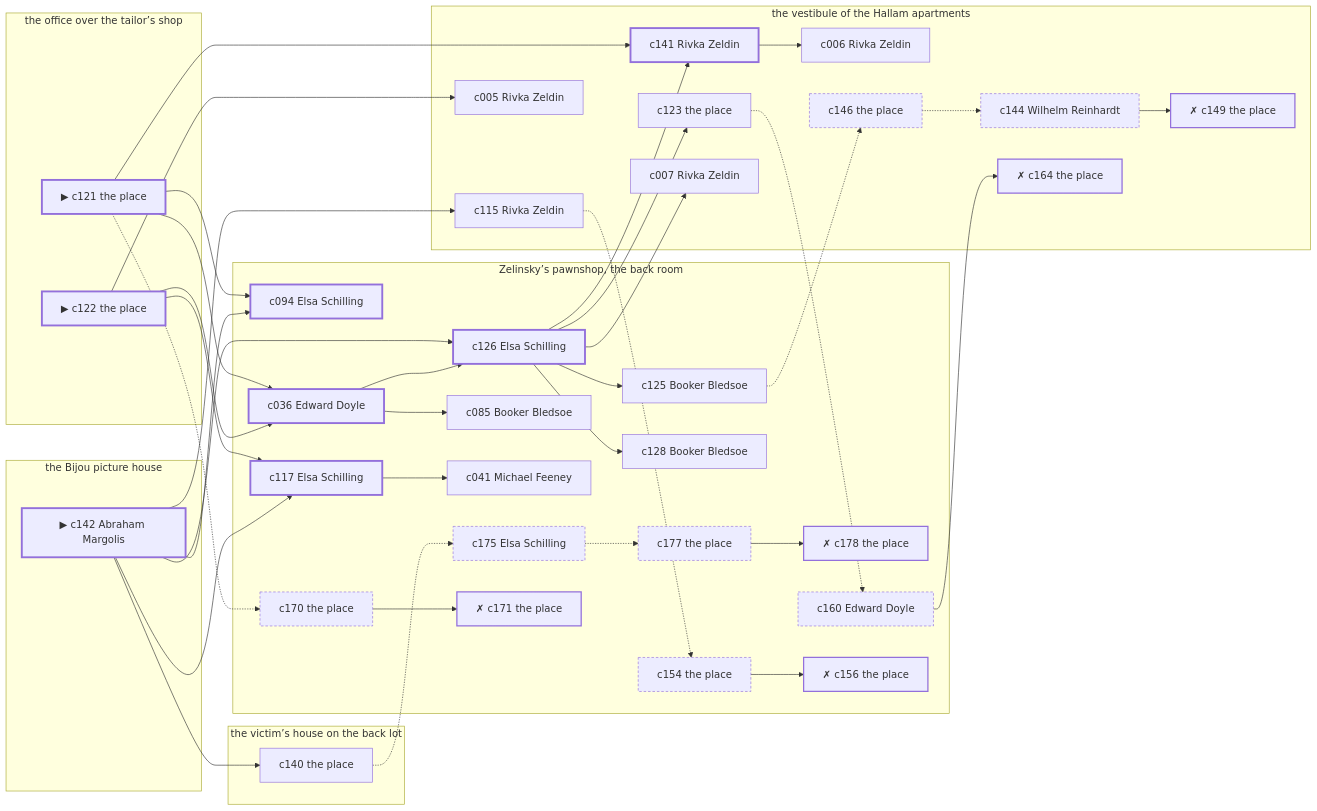
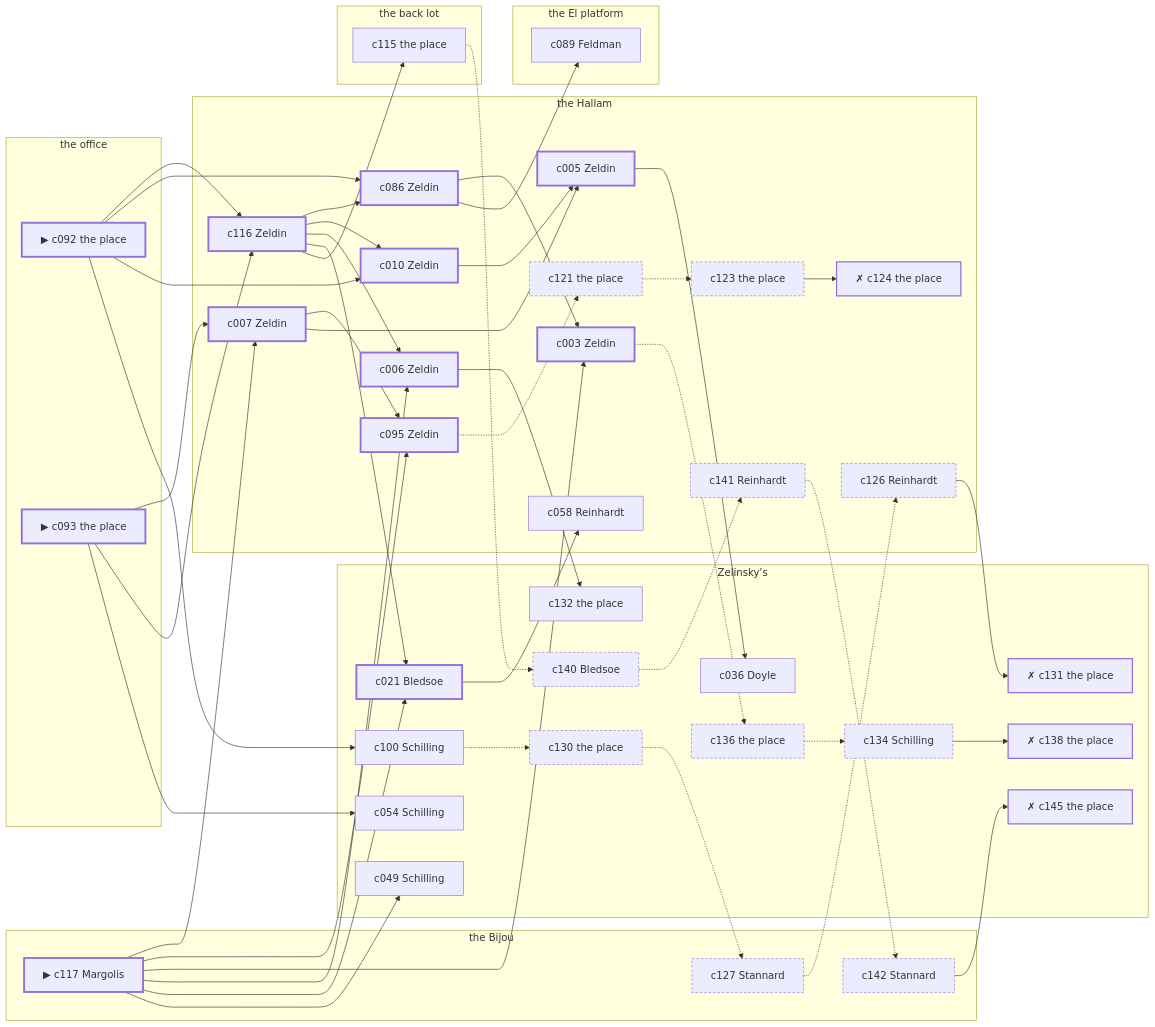
One commit to lyamshin/dashiell changed the diagram in docs/samples/case-16.md. Above: the diagram before and after it, drawn with Mermaid. The commit also changed other lines of this file and 60 other files, not shown here.

````diff
--- a/docs/samples/case-16.md
+++ b/docs/samples/case-16.md
@@ -303,83 +318,97 @@
 ```mermaid
 graph LR
-  subgraph P1["Zelinsky’s pawnshop, the back room"]
-    c094["c094 Elsa Schilling"]
-    c117["c117 Elsa Schilling"]
-    c036["c036 Edward Doyle"]
-    c126["c126 Elsa Schilling"]
-    c085["c085 Booker Bledsoe"]
-    c125["c125 Booker Bledsoe"]
-    c128["c128 Booker Bledsoe"]
-    c041["c041 Michael Feeney"]
-    c175["c175 Elsa Schilling"]
-    c177["c177 the place"]
-    c178["✗ c178 the place"]
-    c160["c160 Edward Doyle"]
-    c170["c170 the place"]
-    c171["✗ c171 the place"]
-    c154["c154 the place"]
-    c156["✗ c156 the place"]
+  subgraph P1["Zelinsky’s"]
+    c021["c021 Bledsoe"]
+    c100["c100 Schilling"]
+    c036["c036 Doyle"]
+    c049["c049 Schilling"]
+    c132["c132 the place"]
+    c054["c054 Schilling"]
+    c130["c130 the place"]
+    c131["✗ c131 the place"]
+    c140["c140 Bledsoe"]
+    c145["✗ c145 the place"]
+    c136["c136 the place"]
+    c134["c134 Schilling"]
+    c138["✗ c138 the place"]
   end
-  subgraph P2["the office over the tailor’s shop"]
-    c121["▶ c121 the place"]
-    c122["▶ c122 the place"]
+  subgraph P2["the office"]
+    c092["▶ c092 the place"]
+    c093["▶ c093 the place"]
   end
-  subgraph P3["the vestibule of the Hallam apartments"]
-    c141["c141 Rivka Zeldin"]
+  subgraph P3["the Hallam"]
+    c007["c007 Zeldin"]
+    c116["c116 Zeldin"]
+    c095["c095 Zeldin"]
+    c086["c086 Zeldin"]
+    c003["c003 Zeldin"]
+    c010["c010 Zeldin"]
+    c006["c006 Zeldin"]
+    c005["c005 Zeldin"]
+    c058["c058 Reinhardt"]
+    c126["c126 Reinhardt"]
+    c141["c141 Reinhardt"]
+    c121["c121 the place"]
     c123["c123 the place"]
-    c007["c007 Rivka Zeldin"]
-    c115["c115 Rivka Zeldin"]
-    c005["c005 Rivka Zeldin"]
-    c006["c006 Rivka Zeldin"]
-    c146["c146 the place"]
-    c144["c144 Wilhelm Reinhardt"]
-    c149["✗ c149 the place"]
-    c164["✗ c164 the place"]
+    c124["✗ c124 the place"]
   end
-  subgraph P4["the Bijou picture house"]
-    c142["▶ c142 Abraham Margolis"]
+  subgraph P4["the Bijou"]
+    c117["▶ c117 Margolis"]
+    c127["c127 Stannard"]
+    c142["c142 Stannard"]
   end
-  subgraph P5["the victim’s house on the back lot"]
-    c140["c140 the place"]
+  subgraph P5["the back lot"]
+    c115["c115 the place"]
   end
-  c121 --> c094
-  c121 --> c036
-  c121 --> c141
-  c121 -.-> c170
-  c122 --> c117
-  c122 --> c036
-  c122 --> c005
-  c142 --> c094
-  c142 --> c117
-  c142 --> c126
-  c142 --> c140
-  c142 --> c115
-  c117 --> c041
-  c036 --> c126
-  c036 --> c085
-  c126 --> c141
-  c126 --> c123
-  c126 --> c007
-  c126 --> c125
-  c126 --> c128
-  c141 --> c006
-  c140 -.-> c175
-  c123 -.-> c160
-  c115 -.-> c154
-  c125 -.-> c146
-  c146 -.-> c144
-  c144 --> c149
-  c175 -.-> c177
-  c177 --> c178
-  c160 --> c164
-  c170 --> c171
-  c154 --> c156
+  subgraph P6["the El platform"]
+    c089["c089 Feldman"]
+  end
+  c092 --> c116
+  c092 --> c086
+  c092 --> c010
+  c092 --> c100
+  c093 --> c007
+  c093 --> c116
+  c093 --> c054
+  c117 --> c007
+  c117 --> c095
+  c117 --> c003
+  c117 --> c006
+  c117 --> c021
+  c117 --> c049
+  c007 --> c095
+  c007 --> c005
+  c116 --> c086
+  c116 --> c010
+  c116 --> c006
+  c116 --> c021
+  c116 --> c115
+  c095 -.-> c121
+  c086 --> c003
+  c086 --> c089
+  c003 -.-> c136
+  c010 --> c005
+  c006 --> c132
+  c005 --> c036
+  c021 --> c058
+  c115 -.-> c140
+  c100 -.-> c130
+  c130 -.-> c127
+  c127 -.-> c126
+  c126 --> c131
+  c140 -.-> c141
+  c141 -.-> c142
+  c142 --> c145
+  c136 -.-> c134
+  c134 --> c138
+  c121 -.-> c123
+  c123 --> c124
   classDef spine stroke-width:3px;
   classDef corrob stroke-width:1px;
   classDef noise stroke-dasharray: 4 3;
   classDef disq stroke-width:2px,stroke-dasharray: 1 0;
-  class c121,c122,c142,c094,c117,c036,c126,c141 spine;
-  class c085,c140,c123,c007,c115,c005,c125,c128,c006,c041 corrob;
-  class c146,c144,c175,c177,c160,c170,c154 noise;
-  class c149,c178,c164,c171,c156 disq;
+  class c092,c093,c117,c007,c116,c095,c086,c003,c010,c006,c005,c021 spine;
+  class c089,c115,c100,c036,c058,c049,c132,c054 corrob;
+  class c130,c127,c126,c140,c141,c142,c136,c134,c121,c123 noise;
+  class c131,c145,c138,c124 disq;
 ```
````
